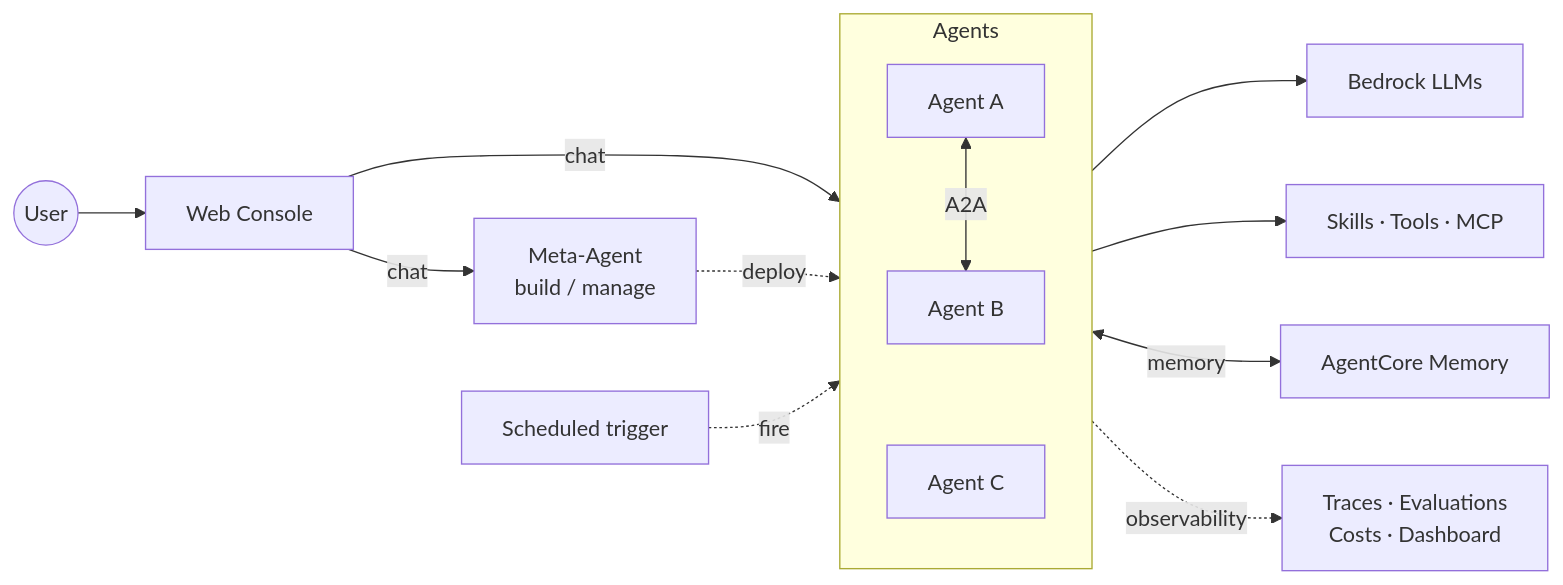
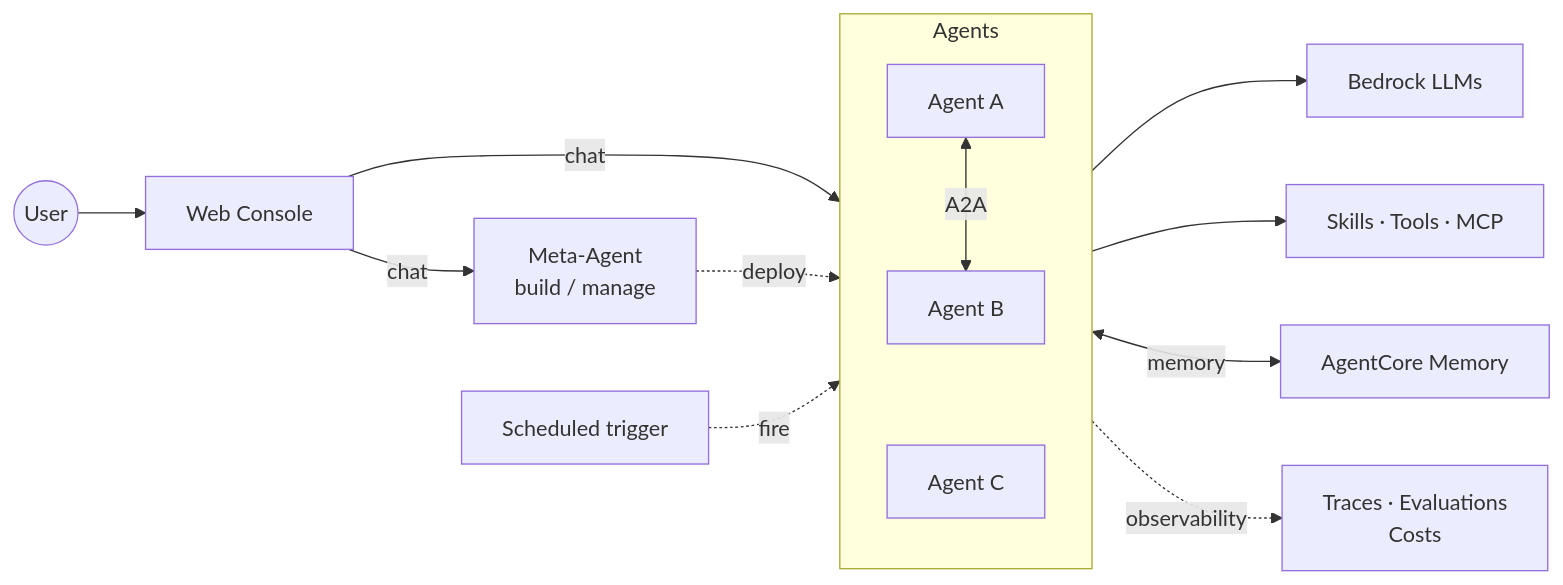
One commit to ddpie/agent-studio changed the second of 2 diagrams in README.md. Above: the diagram before and after it, drawn with Mermaid. The commit also changed other lines of this file and 3 other files, not shown here.

Commit message:
refactor: remove redundant DashboardPage (covered by CostsPage); add settings.tabIam i18n

````diff
--- a/README.md
+++ b/README.md
@@ -115,20 +115,20 @@
 ```mermaid
 graph LR
     User((User)) --> Web[Web Console]
     Cron[Scheduled trigger]
     Web -->|chat| Meta[Meta-Agent<br/>build / manage]
 
     subgraph Agents
         direction TB
         A1[Agent A] <-->|A2A| A2[Agent B]
         A2 ~~~ A3[Agent C]
     end
 
     Web -->|chat| Agents
     Meta -.deploy.-> Agents
     Cron -.fire.-> Agents
     Agents --> LLM[Bedrock LLMs]
     Agents --> Ext[Skills · Tools · MCP]
     Agents <-->|memory| Mem[AgentCore Memory]
-    Agents -.observability.-> Obs[Traces · Evaluations<br/>Costs · Dashboard]
+    Agents -.observability.-> Obs[Traces · Evaluations<br/>Costs]
 ```
````
